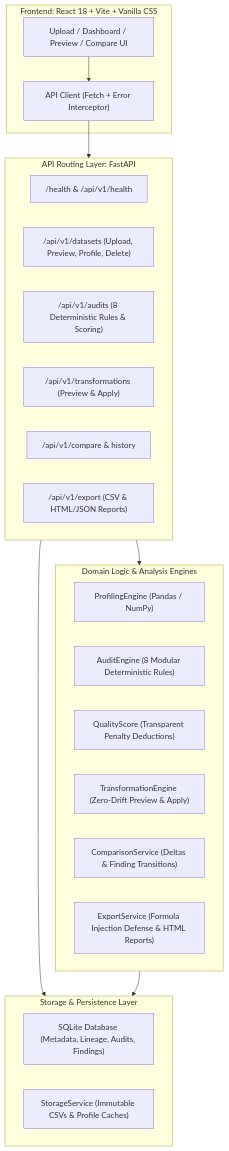
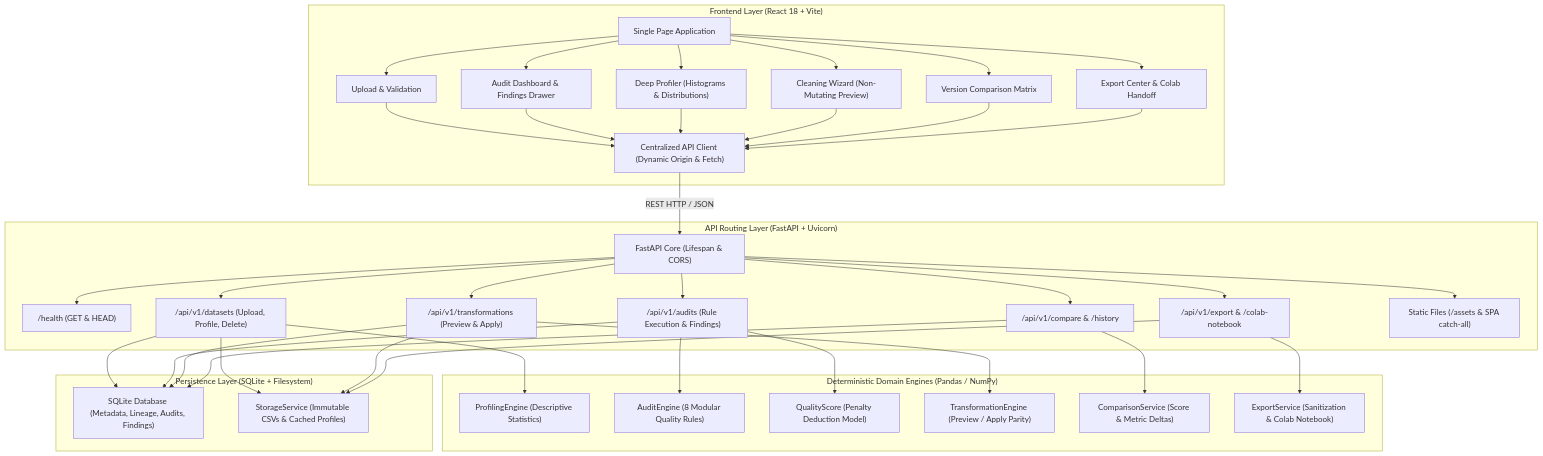
One commit to ShadowStorm009/DataLens changed the second of 3 diagrams in README.md. Above: the diagram before and after it, drawn with Mermaid. The commit also changed other lines of this file, not shown here.

Commit message:
docs: comprehensive README overhaul with project guide requirements, architecture diagrams, and future roadmap

````diff
--- a/README.md
+++ b/README.md
@@ -31,36 +143,67 @@
 ```mermaid
 flowchart TD
-    subgraph Frontend["Frontend: React 18 + Vite + Vanilla CSS"]
-        UI["Upload / Dashboard / Preview / Compare UI"]
-        APIClient["API Client (Fetch + Error Interceptor)"]
-        UI --> APIClient
+    subgraph Client["Frontend Layer (React 18 + Vite)"]
+        SPA["Single Page Application"]
+        UploadComp["Upload & Validation"]
+        DashComp["Audit Dashboard & Findings Drawer"]
+        ProfileComp["Deep Profiler (Histograms & Distributions)"]
+        CleanComp["Cleaning Wizard (Non-Mutating Preview)"]
+        CompareComp["Version Comparison Matrix"]
+        ExportComp["Export Center & Colab Handoff"]
+        APIClient["Centralized API Client (Dynamic Origin & Fetch)"]
+        
+        SPA --> UploadComp
+        SPA --> DashComp
+        SPA --> ProfileComp
+        SPA --> CleanComp
+        SPA --> CompareComp
+        SPA --> ExportComp
+        UploadComp & DashComp & ProfileComp & CleanComp & CompareComp & ExportComp --> APIClient
     end
 
-    subgraph BackendAPI["API Routing Layer: FastAPI"]
-        HealthRouter["/health & /api/v1/health"]
-        DatasetsRouter["/api/v1/datasets (Upload, Preview, Profile, Delete)"]
-        AuditsRouter["/api/v1/audits (8 Deterministic Rules & Scoring)"]
-        TransformRouter["/api/v1/transformations (Preview & Apply)"]
-        CompareRouter["/api/v1/compare & history"]
-        ExportRouter["/api/v1/export (CSV & HTML/JSON Reports)"]
+    subgraph Server["API Routing Layer (FastAPI + Uvicorn)"]
+        FastAPIApp["FastAPI Core (Lifespan & CORS)"]
+        HealthRoute["/health (GET & HEAD)"]
+        DatasetRoute["/api/v1/datasets (Upload, Profile, Delete)"]
+        AuditRoute["/api/v1/audits (Rule Execution & Findings)"]
+        TransformRoute["/api/v1/transformations (Preview & Apply)"]
+        CompareRoute["/api/v1/compare & /history"]
+        ExportRoute["/api/v1/export & /colab-notebook"]
+        SPARoute["Static Files (/assets & SPA catch-all)"]
+
+        APIClient -->|REST HTTP / JSON| FastAPIApp
+        FastAPIApp --> HealthRoute
+        FastAPIApp --> DatasetRoute
+        FastAPIApp --> AuditRoute
+        FastAPIApp --> TransformRoute
+        FastAPIApp --> CompareRoute
+        FastAPIApp --> ExportRoute
+        FastAPIApp --> SPARoute
     end
 
-    subgraph DomainEngines["Domain Logic & Analysis Engines"]
-        ProfilingEngine["ProfilingEngine (Pandas / NumPy)"]
-        AuditEngine["AuditEngine (8 Modular Deterministic Rules)"]
-        ScoringEngine["QualityScore (Transparent Penalty Deductions)"]
-        TransformEngine["TransformationEngine (Zero-Drift Preview & Apply)"]
-        ComparisonEngine["ComparisonService (Deltas & Finding Transitions)"]
-        ExportEngine["ExportService (Formula Injection Defense & HTML Reports)"]
+    subgraph Engines["Deterministic Domain Engines (Pandas / NumPy)"]
+        ProfilingEngine["ProfilingEngine (Descriptive Statistics)"]
+        AuditEngine["AuditEngine (8 Modular Quality Rules)"]
+        ScoringEngine["QualityScore (Penalty Deduction Model)"]
+        TransformEngine["TransformationEngine (Preview / Apply Parity)"]
+        ComparisonEngine["ComparisonService (Score & Metric Deltas)"]
+        ExportEngine["ExportService (Sanitization & Colab Notebook)"]
+
+        DatasetRoute --> ProfilingEngine
+        AuditRoute --> AuditEngine & ScoringEngine
+        TransformRoute --> TransformEngine
+        CompareRoute --> ComparisonEngine
+        ExportRoute --> ExportEngine
     end
 
-    subgraph Persistence["Storage & Persistence Layer"]
+    subgraph Storage["Persistence Layer (SQLite + Filesystem)"]
         DB["SQLite Database (Metadata, Lineage, Audits, Findings)"]
-        Storage["StorageService (Immutable CSVs & Profile Caches)"]
+        DiskStore["StorageService (Immutable CSVs & Cached Profiles)"]
+
+        DatasetRoute --> DB & DiskStore
+        AuditRoute --> DB
+        TransformRoute --> DB & DiskStore
+        CompareRoute --> DB
+        ExportRoute --> DiskStore
     end
-
-    APIClient --> BackendAPI
-    BackendAPI --> DomainEngines
-    BackendAPI --> Persistence
-    DomainEngines --> Persistence
 ```
````
